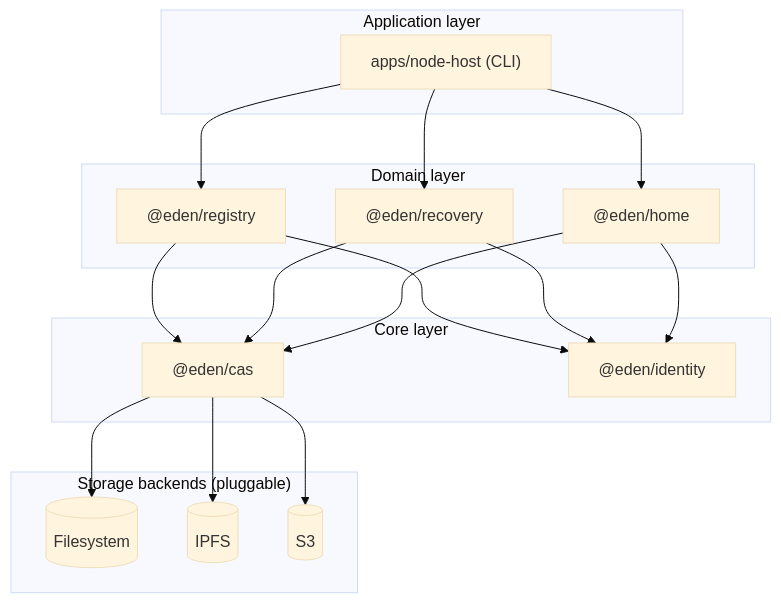
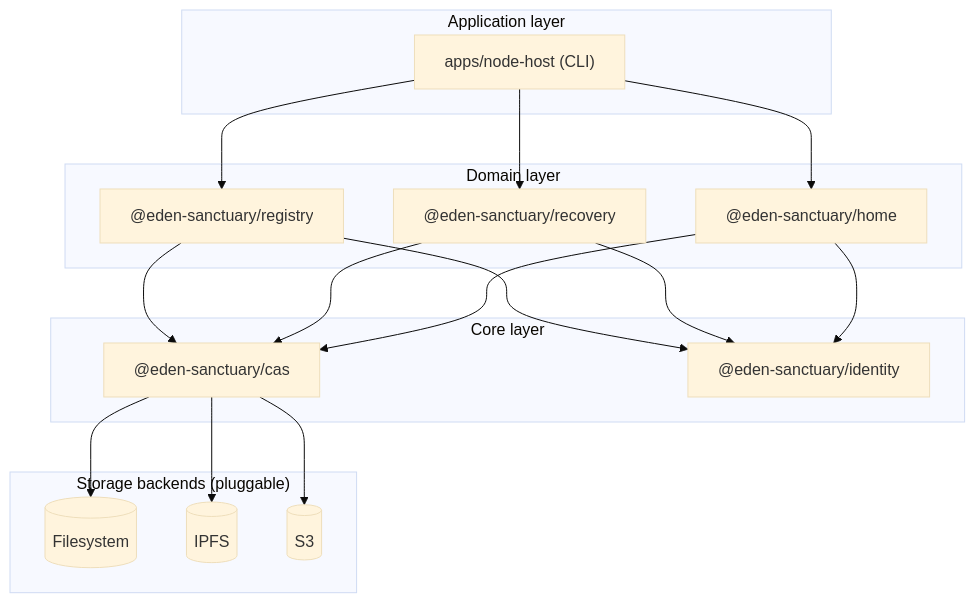
The first of 9 diagrams in docs/ARCHITECTURE.md (basedglye/eden), drawn with Mermaid (base theme) before and after one commit. The commit also changed other lines of this file and 24 other files, not shown here.

````diff
--- a/docs/ARCHITECTURE.md
+++ b/docs/ARCHITECTURE.md
@@ -37,33 +37,33 @@
 ```mermaid
 flowchart TB
     subgraph App["Application layer"]
         NH["apps/node-host (CLI)"]
     end
     subgraph Domain["Domain layer"]
-        REG["@eden/registry"]
-        REC["@eden/recovery"]
-        HOME["@eden/home"]
+        REG["@eden-sanctuary/registry"]
+        REC["@eden-sanctuary/recovery"]
+        HOME["@eden-sanctuary/home"]
     end
     subgraph Core["Core layer"]
-        CAS["@eden/cas"]
-        ID["@eden/identity"]
+        CAS["@eden-sanctuary/cas"]
+        ID["@eden-sanctuary/identity"]
     end
     subgraph Backends["Storage backends (pluggable)"]
         FS[(Filesystem)]
         IPFS[(IPFS)]
         S3[(S3)]
     end
 
     NH --> REG
     NH --> REC
     NH --> HOME
     REG --> CAS
     REG --> ID
     REC --> ID
     REC --> CAS
     HOME --> CAS
     HOME --> ID
     CAS --> FS
     CAS --> IPFS
     CAS --> S3
 ```
````
